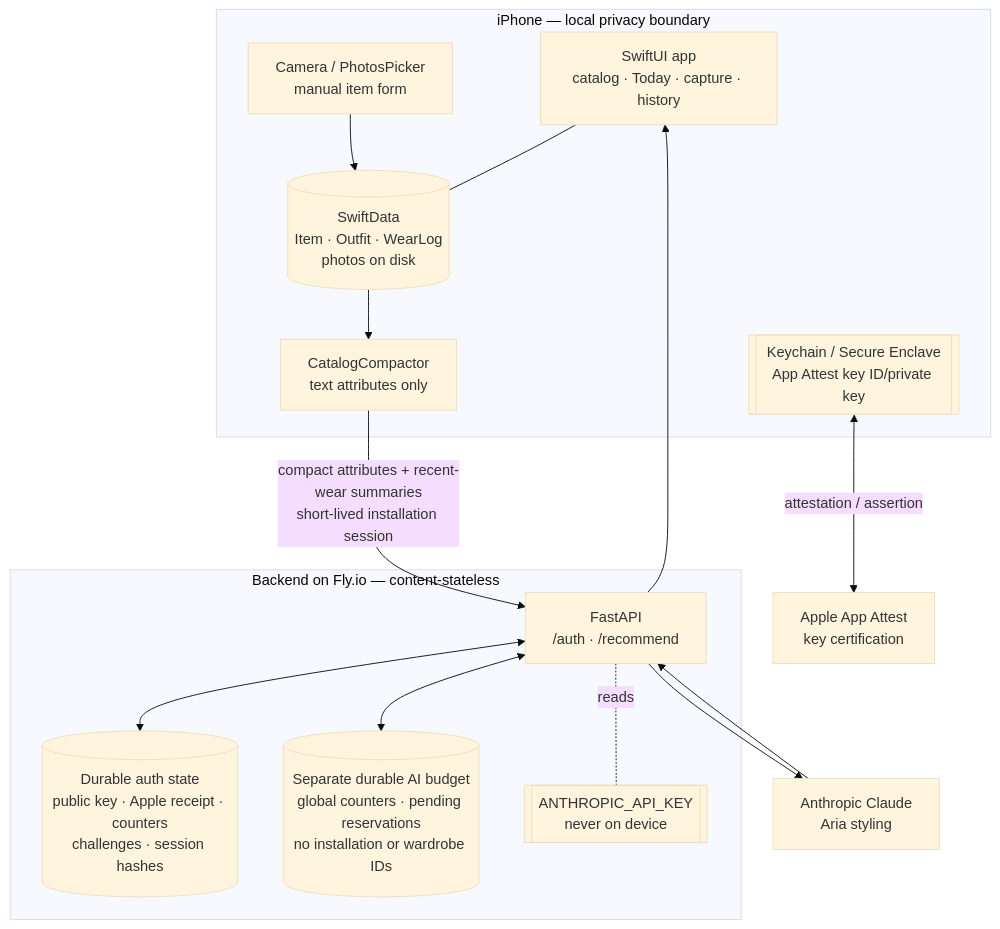
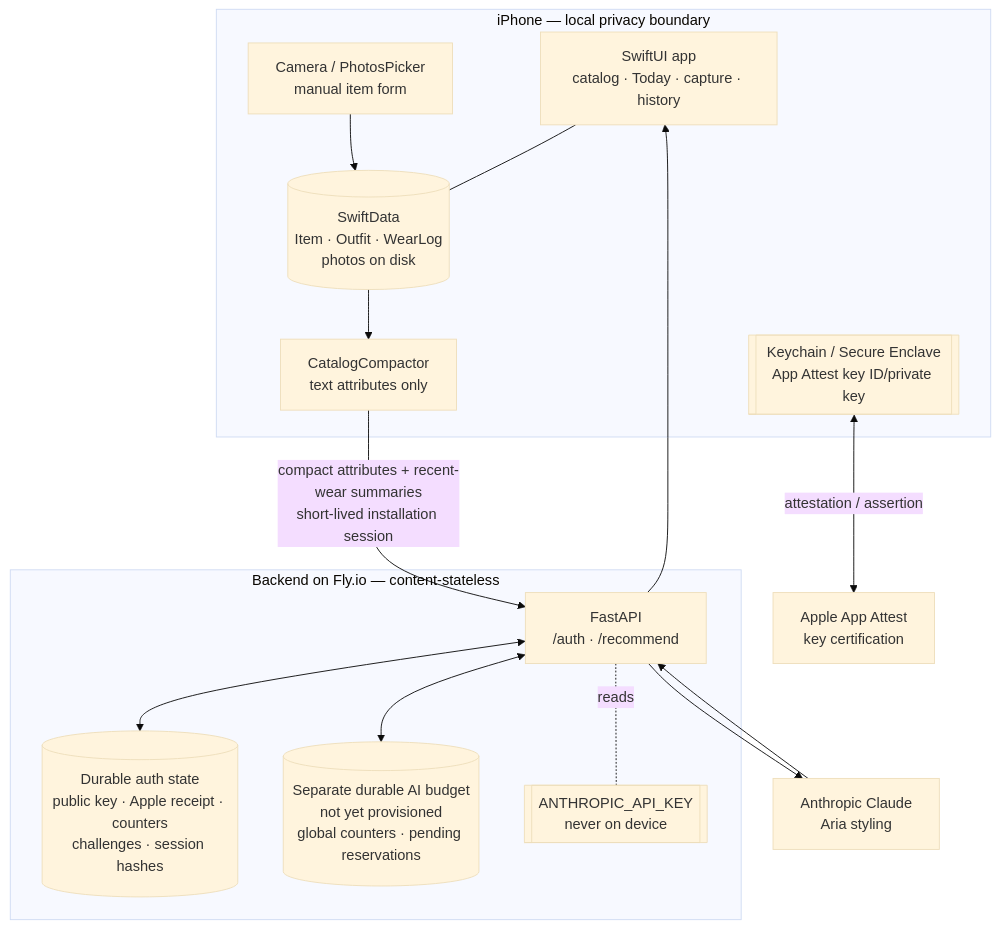
One commit to tzehon/wardrobe-stylist changed the first of 6 diagrams in docs/architecture.md. Above: the diagram before and after it, drawn with Mermaid (base theme). The commit also changed other lines of this file and 14 other files, not shown here.

````diff
--- a/docs/architecture.md
+++ b/docs/architecture.md
@@ -39,31 +46,31 @@
 ```mermaid
 flowchart TB
     subgraph Device["iPhone — local privacy boundary"]
         UI["SwiftUI app<br/>catalog · Today · capture · history"]
         Store[("SwiftData<br/>Item · Outfit · WearLog<br/>photos on disk")]
         Capture["Camera / PhotosPicker<br/>manual item form"]
         Compact["CatalogCompactor<br/>text attributes only"]
         Keychain[["Keychain / Secure Enclave<br/>App Attest key ID/private key"]]
         Capture --> Store
         UI --- Store
         Store --> Compact
     end
 
     subgraph Cloud["Backend on Fly.io — content-stateless"]
         API["FastAPI<br/>/auth · /recommend"]
         AuthDB[("Durable auth state<br/>public key · Apple receipt · counters<br/>challenges · session hashes")]
-        BudgetDB[("Separate durable AI budget<br/>global counters · pending reservations<br/>no installation or wardrobe IDs")]
+        BudgetDB[("Separate durable AI budget<br/>not yet provisioned<br/>global counters · pending reservations")]
         Key[["ANTHROPIC_API_KEY<br/>never on device"]]
         API <--> AuthDB
         API <--> BudgetDB
         API -. reads .- Key
     end
 
     Apple["Apple App Attest<br/>key certification"]
     Anthropic["Anthropic Claude<br/>Aria styling"]
 
     Keychain <-->|"attestation / assertion"| Apple
     Compact -->|"compact attributes + recent-wear summaries<br/>short-lived installation session"| API
     API --> Anthropic
     Anthropic --> API --> UI
 ```
````
